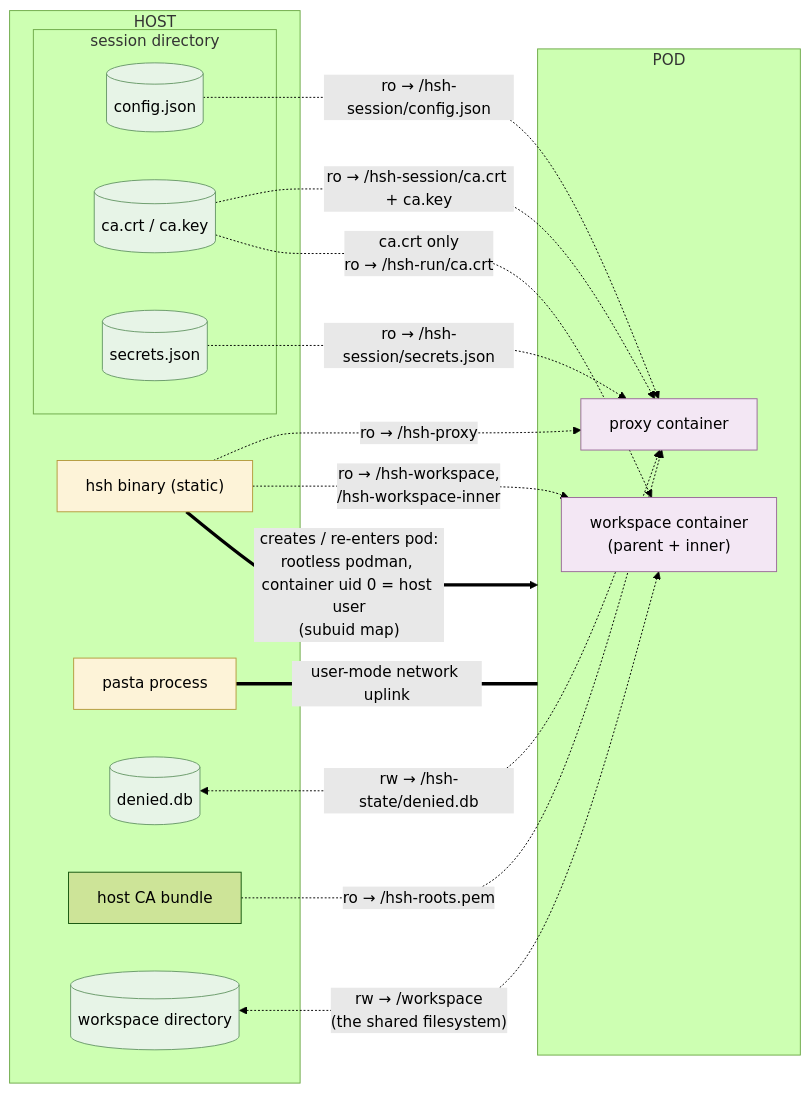
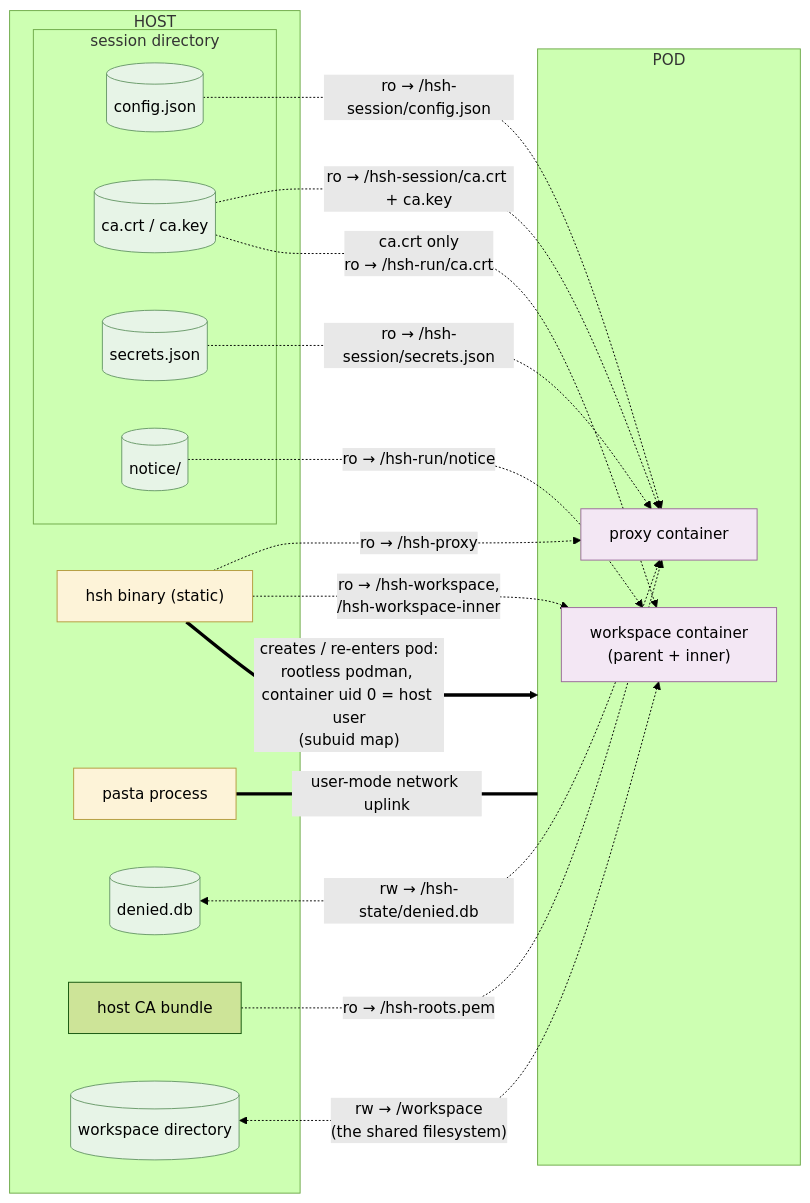
The third of 3 diagrams in docs/architecture.md (philips/hsh), drawn with Mermaid (forest theme) before and after one commit. The commit also changed other lines of this file and 19 other files, not shown here.

````diff
--- a/docs/architecture.md
+++ b/docs/architecture.md
@@ -113,41 +113,43 @@
 ```mermaid
 flowchart LR
     classDef proc fill:#fdf3d8,stroke:#b59b3e
     classDef file fill:#e7f4e7,stroke:#6a9a6a
     classDef ctr fill:#f3e7f4,stroke:#9a6a9a
 
     subgraph HOST["HOST"]
         hshbin["hsh binary (static)"]
         pasta["pasta process"]
         subgraph SESDIR["session directory"]
             cfgcopy[("config.json")]
             cafiles[("ca.crt / ca.key")]
             secretsjson[("secrets.json")]
+            noticedir[("notice/")]
         end
         denieddb[("denied.db")]
         caBundle["host CA bundle"]
         wsdir[("workspace directory")]
     end
 
     subgraph POD["POD"]
         PROXY["proxy container"]
         WSC["workspace container<br/>(parent + inner)"]
     end
 
     hshbin -.->|"ro → /hsh-proxy"| PROXY
     hshbin -.->|"ro → /hsh-workspace,<br/>/hsh-workspace-inner"| WSC
     cfgcopy -.->|"ro → /hsh-session/config.json"| PROXY
     secretsjson -.->|"ro → /hsh-session/secrets.json"| PROXY
     cafiles -.->|"ro → /hsh-session/ca.crt + ca.key"| PROXY
     caBundle -.->|"ro → /hsh-roots.pem"| PROXY
     denieddb <-.->|"rw → /hsh-state/denied.db"| PROXY
     cafiles -.->|"ca.crt only<br/>ro → /hsh-run/ca.crt"| WSC
+    noticedir -.->|"ro → /hsh-run/notice"| WSC
     wsdir <-.->|"rw → /workspace<br/>(the shared filesystem)"| WSC
     pasta ===|"user-mode network uplink"| POD
 
     hshbin ==>|"creates / re-enters pod:<br/>rootless podman, container uid 0 = host user<br/>(subuid map)"| POD
 
     class hshbin,pasta proc
-    class cfgcopy,cafiles,secretsjson,denieddb,wsdir file
+    class cfgcopy,cafiles,secretsjson,noticedir,denieddb,wsdir file
     class PROXY,WSC ctr
 ```
````
